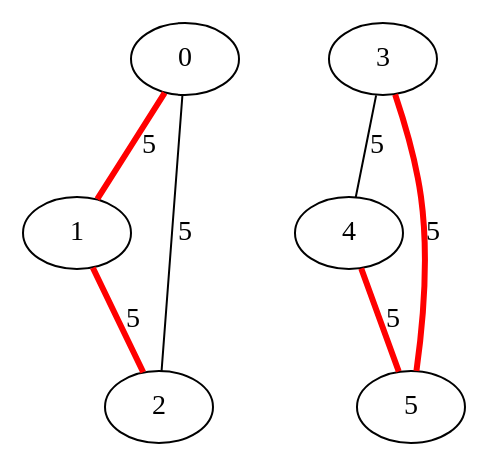
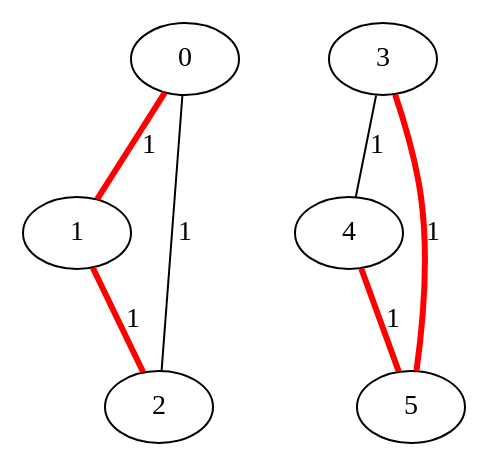
The diagram in pricey_power/dot/non_connected_path.dot (z2oh/usc_upperdivision_spring2018), drawn with Graphviz before and after one commit. The commit also changed 3 other files, not shown here.

```diff
--- a/pricey_power/dot/non_connected_path.dot
+++ b/pricey_power/dot/non_connected_path.dot
@@ -1,9 +1,9 @@
 graph {
-    0 -- 1[color="red", penwidth="3", label="5", weight="5"]
-    0 -- 2[label="5", weight="5"]
-    1 -- 2[color="red", penwidth="3", label="5", weight="5"]
+    0 -- 1[color="red", penwidth="3", label="1", weight="1"]
+    0 -- 2[label="1", weight="1"]
+    1 -- 2[color="red", penwidth="3", label="1", weight="1"]
     
-    3 -- 4[label="5", weight="5"]
-    3 -- 5[color="red", penwidth="3", label="5", weight="5"]
-    4 -- 5[color="red", penwidth="3", label="5", weight="5"]
+    3 -- 4[label="1", weight="1"]
+    3 -- 5[color="red", penwidth="3", label="1", weight="1"]
+    4 -- 5[color="red", penwidth="3", label="1", weight="1"]
 }
```
